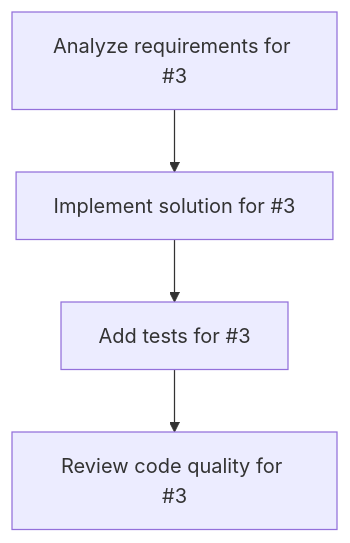
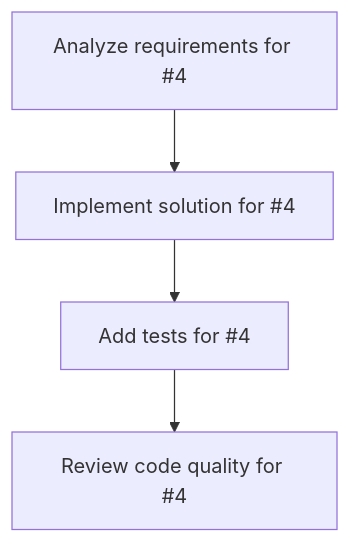
The diagram in Plans.md (shoma-endo/lark-bot-agent), drawn with Mermaid before and after one commit. The commit also changed other lines of this file, not shown here.

Commit message:
chore: update Plans.md for issue #4 review task

````diff
--- a/Plans.md
+++ b/Plans.md
@@ -96,10 +94,10 @@
 ```mermaid
 graph TD
-    task_3_analysis["Analyze requirements for #3"]
-    task_3_impl["Implement solution for #3"]
-    task_3_test["Add tests for #3"]
-    task_3_review["Review code quality for #3"]
-    task_3_analysis --> task_3_impl
-    task_3_impl --> task_3_test
-    task_3_test --> task_3_review
+    task_4_analysis["Analyze requirements for #4"]
+    task_4_impl["Implement solution for #4"]
+    task_4_test["Add tests for #4"]
+    task_4_review["Review code quality for #4"]
+    task_4_analysis --> task_4_impl
+    task_4_impl --> task_4_test
+    task_4_test --> task_4_review
 ```
````
